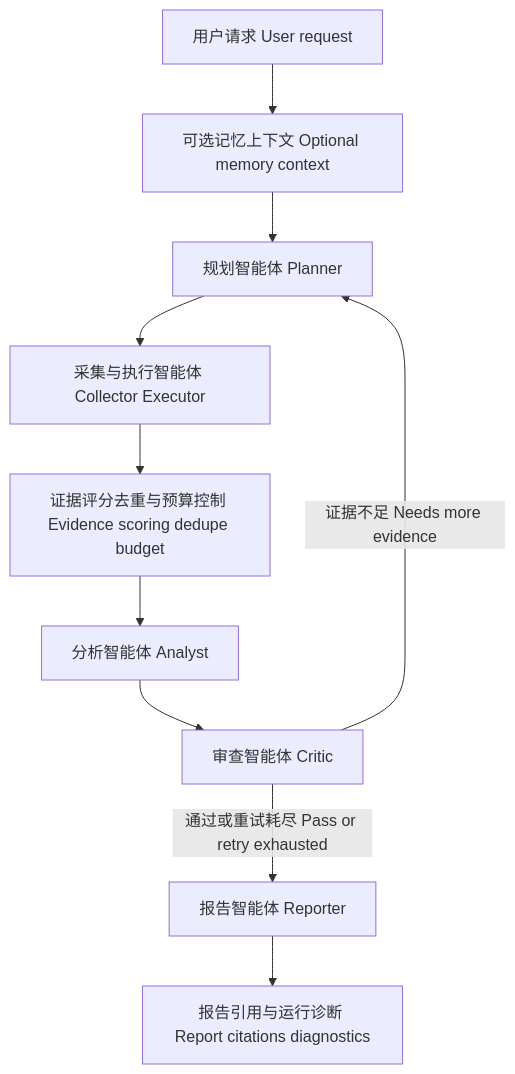
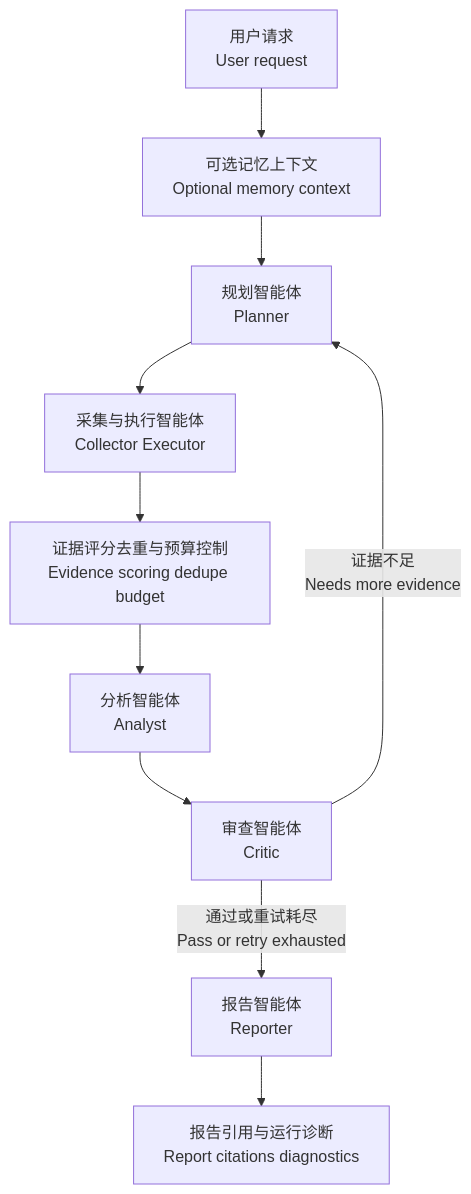
The first of 3 diagrams in README.md (Caser-86/InsightGraph), drawn with Mermaid before and after one commit. The commit also changed other lines of this file, not shown here.

Commit message:
docs: split bilingual flowchart labels

````diff
--- a/README.md
+++ b/README.md
@@ -75,12 +75,12 @@
 ```mermaid
 flowchart TB
-    A["用户请求 User request"] --> B["可选记忆上下文 Optional memory context"]
-    B --> C["规划智能体 Planner"]
-    C --> D["采集与执行智能体 Collector Executor"]
-    D --> E["证据评分去重与预算控制 Evidence scoring dedupe budget"]
-    E --> F["分析智能体 Analyst"]
-    F --> G["审查智能体 Critic"]
-    G -->|"证据不足 Needs more evidence"| C
-    G -->|"通过或重试耗尽 Pass or retry exhausted"| H["报告智能体 Reporter"]
-    H --> I["报告引用与运行诊断 Report citations diagnostics"]
+    A["用户请求<br/>User request"] --> B["可选记忆上下文<br/>Optional memory context"]
+    B --> C["规划智能体<br/>Planner"]
+    C --> D["采集与执行智能体<br/>Collector Executor"]
+    D --> E["证据评分去重与预算控制<br/>Evidence scoring dedupe budget"]
+    E --> F["分析智能体<br/>Analyst"]
+    F --> G["审查智能体<br/>Critic"]
+    G -->|"证据不足<br/>Needs more evidence"| C
+    G -->|"通过或重试耗尽<br/>Pass or retry exhausted"| H["报告智能体<br/>Reporter"]
+    H --> I["报告引用与运行诊断<br/>Report citations diagnostics"]
 ```
````
